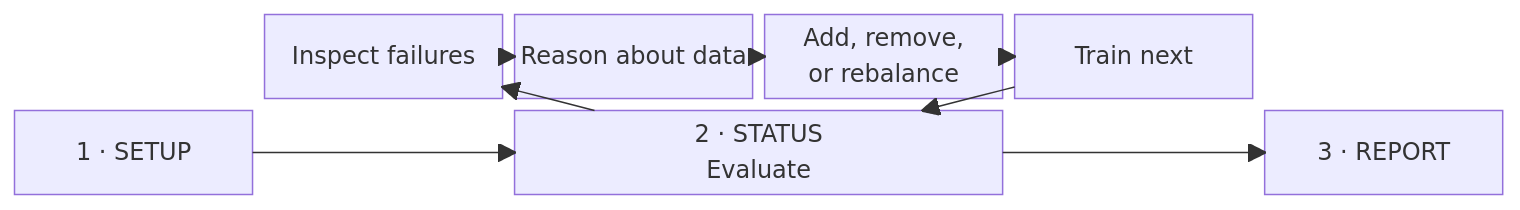
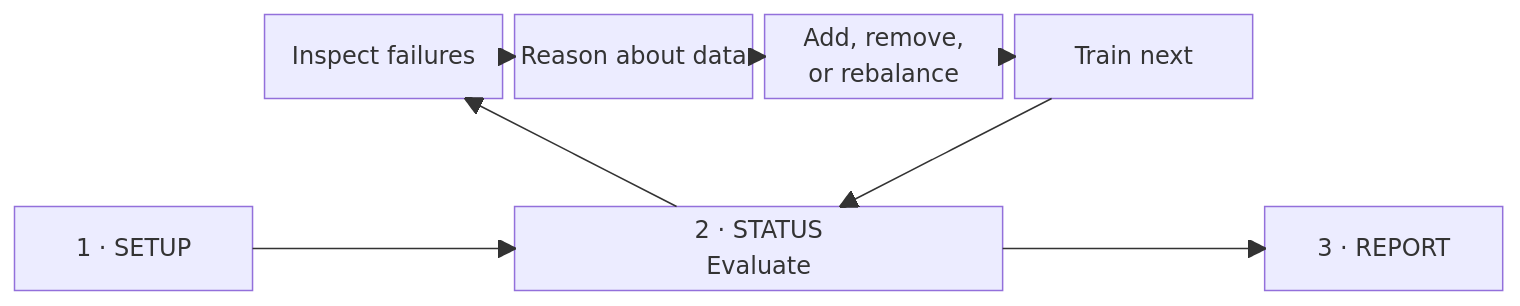
One commit to yafitzdev/encoder-gym changed the diagram in README.md. Above: the diagram before and after it, drawn with Mermaid.

````diff
--- a/README.md
+++ b/README.md
@@ -105,15 +105,16 @@
 ```mermaid
 block-beta
     columns 6
 
     space inspect["Inspect failures"] reason["Reason about data"] curate["Add, remove,<br/>or rebalance"] train["Train next"] space
+    space:6
     setup["1 · SETUP"] space evaluate["2 · STATUS<br/>Evaluate"]:2 space report["3 · REPORT"]
 
     setup --> evaluate
     evaluate --> report
     evaluate --> inspect
     inspect --> reason
     reason --> curate
     curate --> train
     train --> evaluate
 ```
````
